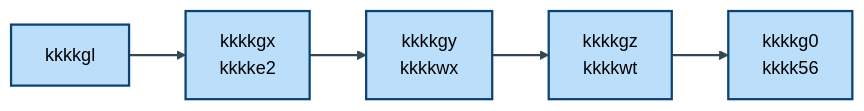
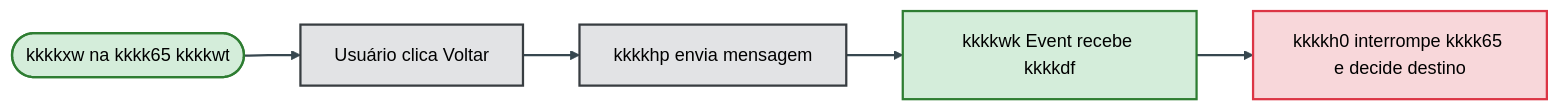
The first of 11 diagrams in Java/md.md (fabaodevudi/outros-codigos), drawn with Mermaid (forest theme) before and after one commit. The commit also changed other lines of this file, not shown here.

````diff
--- a/Java/md.md
+++ b/Java/md.md
@@ -19,21 +33,16 @@
 ```mermaid
 flowchart LR
-  kkkkh0[kkkkgl]
-  B1["kkkkgx<br/>kkkke2"]
-  B2["kkkkgy<br/>kkkkwx"]
-  B3["kkkkgz<br/>kkkkwt"]
-  B4["kkkkg0<br/>kkkk56"]
+  A([kkkkxw na kkkk65 kkkkwt])
+  B[Usuário clica Voltar]
+  C[kkkkhp envia mensagem]
+  D[kkkkwk Event recebe kkkkdf]
+  E[kkkkh0 interrompe kkkk65 e decide destino]
 
-  kkkkh0 --> B1
-  B1 --> B2
-  B2 --> B3
-  B3 --> B4
-
-  %% Estilos padrão kkkky7
-  style kkkkh0 fill:#bbdefb,stroke:#0d4372,stroke-width:2px
-  style B1 fill:#bbdefb,stroke:#0d4372,stroke-width:2px
-  style B2 fill:#bbdefb,stroke:#0d4372,stroke-width:2px
-  style B3 fill:#bbdefb,stroke:#0d4372,stroke-width:2px
-  style B4 fill:#bbdefb,stroke:#0d4372,stroke-width:2px
+  A --> B --> C --> D --> E
+  style A fill:#d4edda,stroke:#2e7d32,stroke-width:2px
+  style B fill:#e2e3e5,stroke:#383d41,stroke-width:2px
+  style C fill:#e2e3e5,stroke:#383d41,stroke-width:2px
+  style D fill:#d4edda,stroke:#2e7d32,stroke-width:2px
+  style E fill:#f8d7da,stroke:#dc3545,stroke-width:2px
   linkStyle default stroke:#37474f,stroke-width:2px
 ```
````
